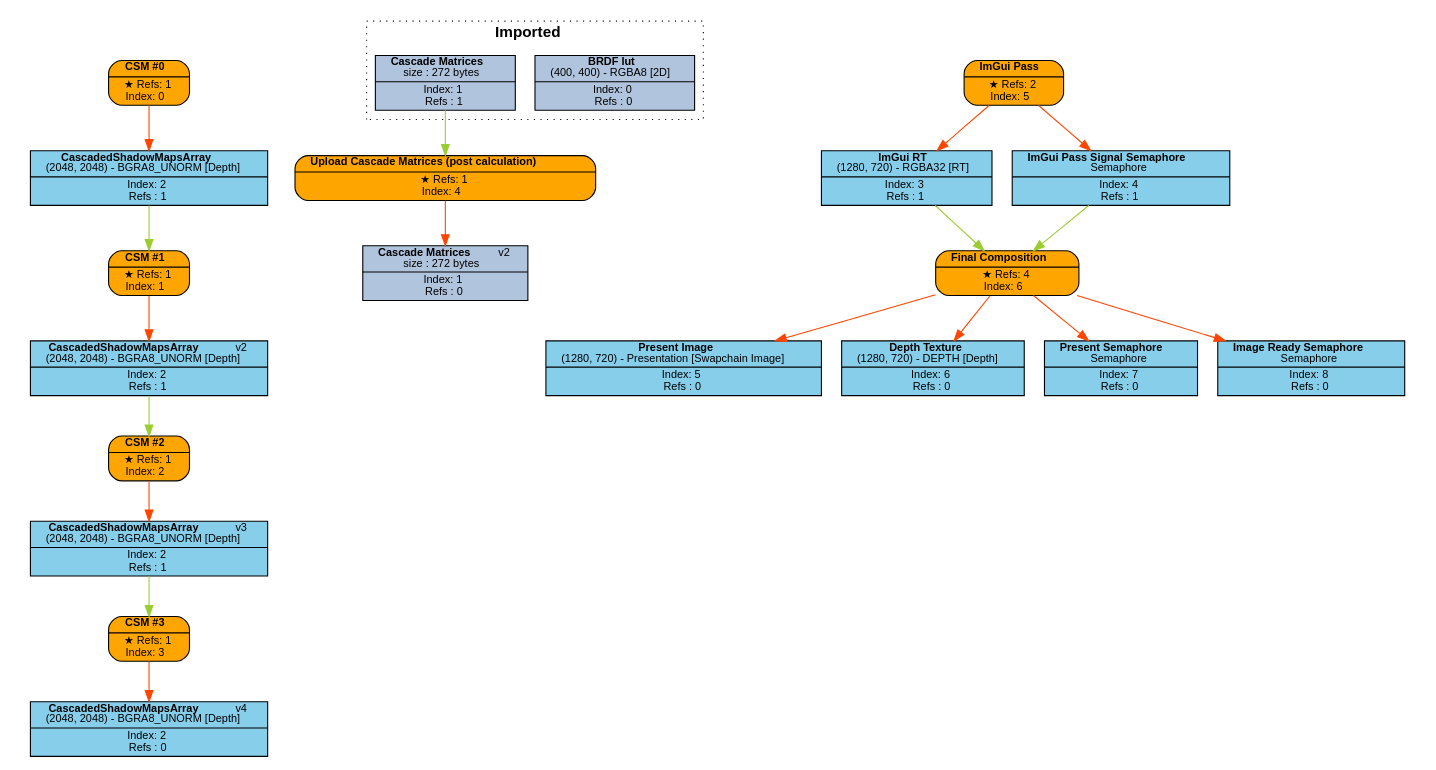
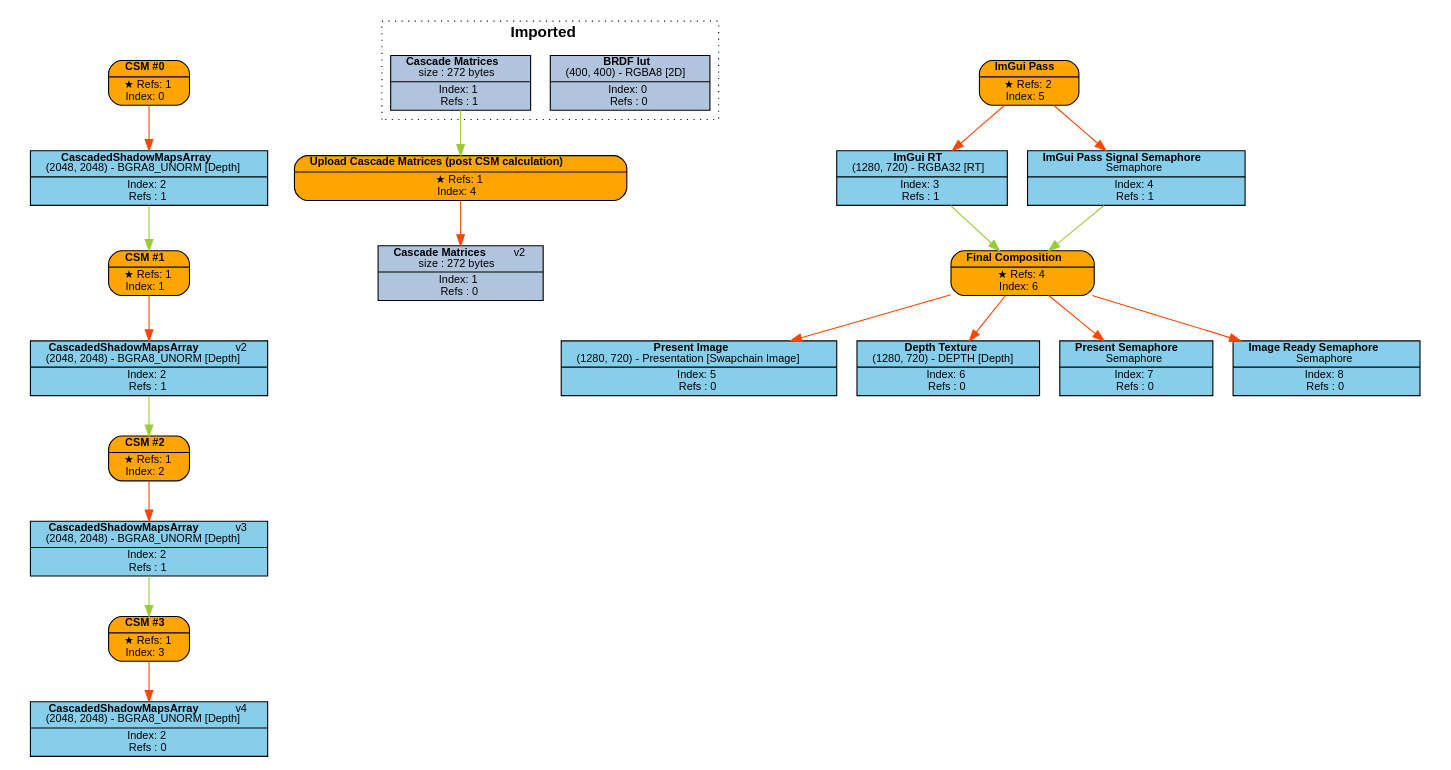
Before and after one commit to Pikachuxxxx/Razix: the diagram in Engine/content/FrameGraphs/frame_graph_test.dot, drawn with Graphviz. The commit also changed 34 other files, not shown here.

Commit message:
[Graphics] Revamped Materials; Added RSM pass in GI pass;

```diff
--- a/Engine/content/FrameGraphs/frame_graph_test.dot
+++ b/Engine/content/FrameGraphs/frame_graph_test.dot
@@ -1,76 +1,76 @@
 digraph FrameGraph {
 graph [style=invis, rankdir="TB" ordering=out, splines=spline]
 node [shape=record, fontname="helvetica", fontsize=10, margin="0.2,0.03"]
 
 P0 [label=<{ {<B>CSM #0</B>} | {&#x2605; Refs: 1<BR/> Index: 0} }> style="rounded,filled", fillcolor=orange]
 P1 [label=<{ {<B>CSM #1</B>} | {&#x2605; Refs: 1<BR/> Index: 1} }> style="rounded,filled", fillcolor=orange]
 P2 [label=<{ {<B>CSM #2</B>} | {&#x2605; Refs: 1<BR/> Index: 2} }> style="rounded,filled", fillcolor=orange]
 P3 [label=<{ {<B>CSM #3</B>} | {&#x2605; Refs: 1<BR/> Index: 3} }> style="rounded,filled", fillcolor=orange]
-P4 [label=<{ {<B>Upload Cascade Matrices (post calculation)</B>} | {&#x2605; Refs: 1<BR/> Index: 4} }> style="rounded,filled", fillcolor=orange]
+P4 [label=<{ {<B>Upload Cascade Matrices (post CSM calculation)</B>} | {&#x2605; Refs: 1<BR/> Index: 4} }> style="rounded,filled", fillcolor=orange]
 P5 [label=<{ {<B>ImGui Pass</B>} | {&#x2605; Refs: 2<BR/> Index: 5} }> style="rounded,filled", fillcolor=orange]
 P6 [label=<{ {<B>Final Composition</B>} | {&#x2605; Refs: 4<BR/> Index: 6} }> style="rounded,filled", fillcolor=orange]
 
 R0_1 [label=<{ {<B>BRDF lut</B><BR/>(400, 400) - RGBA8 [2D]} | {Index: 0<BR/>Refs : 0} }> style=filled, fillcolor=lightsteelblue]
 R1_1 [label=<{ {<B>Cascade Matrices</B><BR/>size : 272 bytes} | {Index: 1<BR/>Refs : 1} }> style=filled, fillcolor=lightsteelblue]
 R2_1 [label=<{ {<B>CascadedShadowMapsArray</B><BR/>(2048, 2048) - BGRA8_UNORM [Depth]} | {Index: 2<BR/>Refs : 1} }> style=filled, fillcolor=skyblue]
 R2_2 [label=<{ {<B>CascadedShadowMapsArray</B>   <FONT>v2</FONT><BR/>(2048, 2048) - BGRA8_UNORM [Depth]} | {Index: 2<BR/>Refs : 1} }> style=filled, fillcolor=skyblue]
 R2_3 [label=<{ {<B>CascadedShadowMapsArray</B>   <FONT>v3</FONT><BR/>(2048, 2048) - BGRA8_UNORM [Depth]} | {Index: 2<BR/>Refs : 1} }> style=filled, fillcolor=skyblue]
 R2_4 [label=<{ {<B>CascadedShadowMapsArray</B>   <FONT>v4</FONT><BR/>(2048, 2048) - BGRA8_UNORM [Depth]} | {Index: 2<BR/>Refs : 0} }> style=filled, fillcolor=skyblue]
 R1_2 [label=<{ {<B>Cascade Matrices</B>   <FONT>v2</FONT><BR/>size : 272 bytes} | {Index: 1<BR/>Refs : 0} }> style=filled, fillcolor=lightsteelblue]
 R3_1 [label=<{ {<B>ImGui RT</B><BR/>(1280, 720) - RGBA32 [RT]} | {Index: 3<BR/>Refs : 1} }> style=filled, fillcolor=skyblue]
 R4_1 [label=<{ {<B>ImGui Pass Signal Semaphore</B><BR/>Semaphore} | {Index: 4<BR/>Refs : 1} }> style=filled, fillcolor=skyblue]
 R5_1 [label=<{ {<B>Present Image</B><BR/>(1280, 720) - Presentation [Swapchain Image]} | {Index: 5<BR/>Refs : 0} }> style=filled, fillcolor=skyblue]
 R6_1 [label=<{ {<B>Depth Texture</B><BR/>(1280, 720) - DEPTH [Depth]} | {Index: 6<BR/>Refs : 0} }> style=filled, fillcolor=skyblue]
 R7_1 [label=<{ {<B>Present Semaphore</B><BR/>Semaphore} | {Index: 7<BR/>Refs : 0} }> style=filled, fillcolor=skyblue]
 R8_1 [label=<{ {<B>Image Ready Semaphore</B><BR/>Semaphore} | {Index: 8<BR/>Refs : 0} }> style=filled, fillcolor=skyblue]
 
 P0 -> { R2_1 } [color=orangered]
 P1 -> { R2_2 } [color=orangered]
 P2 -> { R2_3 } [color=orangered]
 P3 -> { R2_4 } [color=orangered]
 P4 -> { R1_2 } [color=orangered]
 P5 -> { R3_1 R4_1 } [color=orangered]
 P6 -> { R5_1 R6_1 R7_1 R8_1 } [color=orangered]
 
 R0_1 -> { } [color=olivedrab3]
 R1_1 -> { P4 } [color=olivedrab3]
 R2_1 -> { P1 } [color=olivedrab3]
 R2_2 -> { P2 } [color=olivedrab3]
 R2_3 -> { P3 } [color=olivedrab3]
 R2_4 -> { } [color=olivedrab3]
 R1_2 -> { } [color=olivedrab3]
 R3_1 -> { P6 } [color=olivedrab3]
 R4_1 -> { P6 } [color=olivedrab3]
 R5_1 -> { } [color=olivedrab3]
 R6_1 -> { } [color=olivedrab3]
 R7_1 -> { } [color=olivedrab3]
 R8_1 -> { } [color=olivedrab3]
 
 subgraph cluster_0 {
 P0 R2_1 
 }
 subgraph cluster_1 {
 P1 
 }
 subgraph cluster_2 {
 P2 
 }
 subgraph cluster_3 {
 P3 
 }
 subgraph cluster_4 {
 P4 
 }
 subgraph cluster_5 {
 P5 R3_1 R4_1 
 }
 subgraph cluster_6 {
 P6 R5_1 R6_1 R7_1 R8_1 
 }
 
 subgraph cluster_imported_resources {
 graph [style=dotted, fontname="helvetica", label=< <B>Imported</B> >]
 R0_1 R1_1 
 }
 
 }
```
